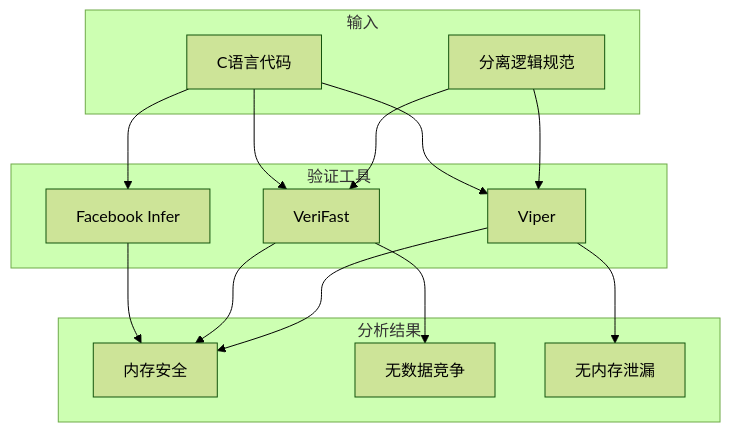
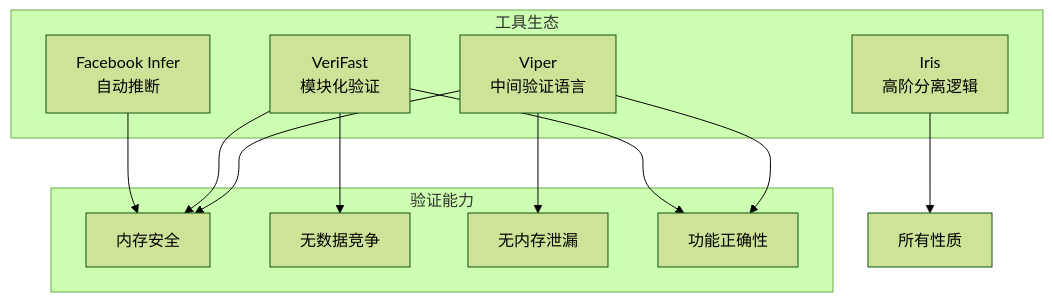
The sixth of 6 diagrams in formal-methods/05-verification/01-logic/03-separation-logic.md (AdaMartin18010/AnalysisDataFlow), drawn with Mermaid (forest theme) before and after one commit. The commit also changed other lines of this file and 46 other files, not shown here.

````diff
--- a/formal-methods/05-verification/01-logic/03-separation-logic.md
+++ b/formal-methods/05-verification/01-logic/03-separation-logic.md
@@ -257,30 +498,25 @@
 ```mermaid
 graph TB
-    subgraph 输入
-        Code[C语言代码]
-        Spec[分离逻辑规范]
+    subgraph 工具生态
+        Infer[Facebook Infer<br/>自动推断]
+        VeriFast[VeriFast<br/>模块化验证]
+        Viper[Viper<br/>中间验证语言]
+        Iris[Iris<br/>高阶分离逻辑]
     end
 
-    subgraph 验证工具
-        Infer[Facebook Infer]
-        VeriFast[VeriFast]
-        Viper[Viper]
+    subgraph 验证能力
+        Memory[内存安全]
+        Race[无数据竞争]
+        Leak[无内存泄漏]
+        Functional[功能正确性]
     end
 
-    subgraph 分析结果
-        Safe[内存安全]
-        Race[无数据竞争]
-        Leak[无内存泄漏]
-    end
-
-    Code --> Infer
-    Code --> VeriFast
-    Code --> Viper
-    Spec --> VeriFast
-    Spec --> Viper
-    Infer --> Safe
-    VeriFast --> Safe
+    Infer --> Memory
+    VeriFast --> Memory
     VeriFast --> Race
-    Viper --> Safe
+    VeriFast --> Functional
+    Viper --> Memory
     Viper --> Leak
+    Viper --> Functional
+    Iris --> All[所有性质]
 ```
````
